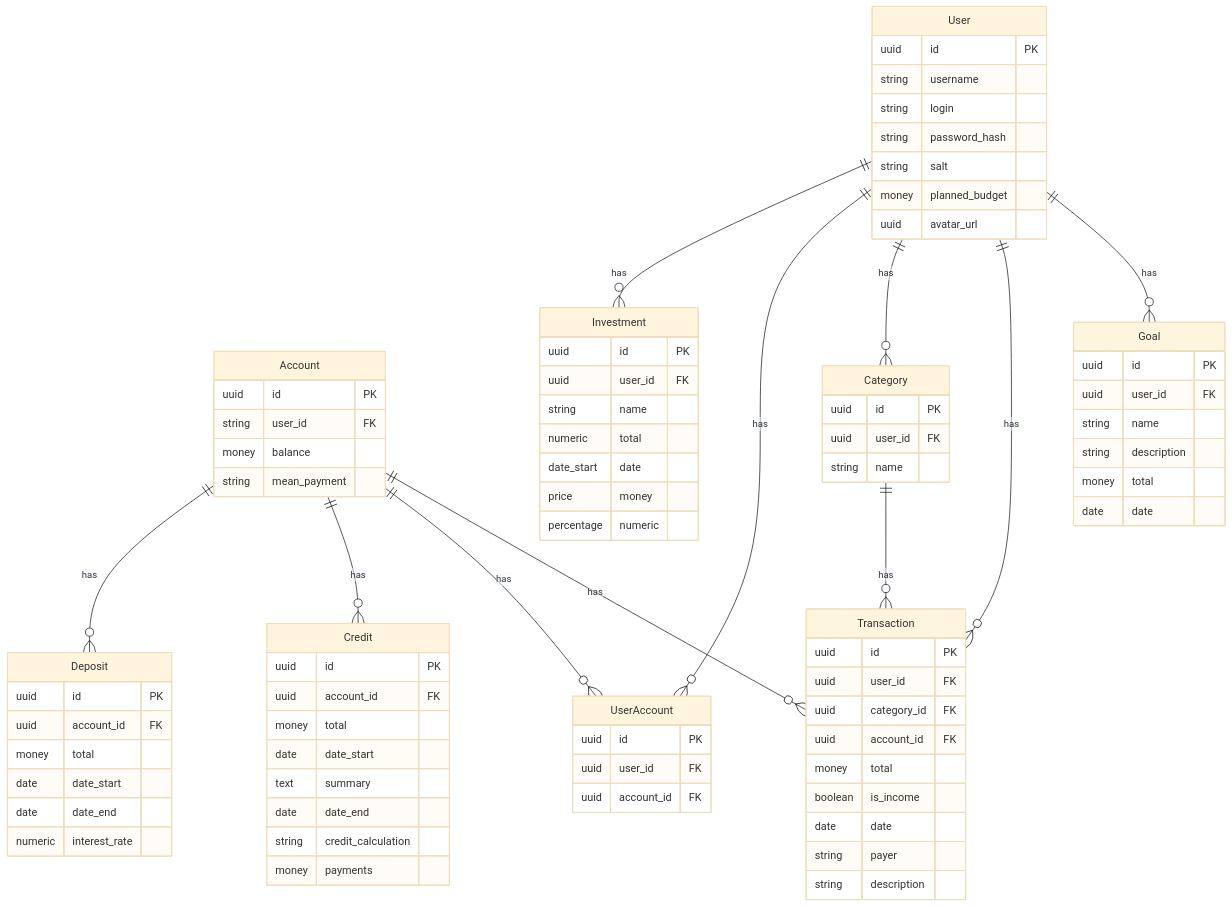
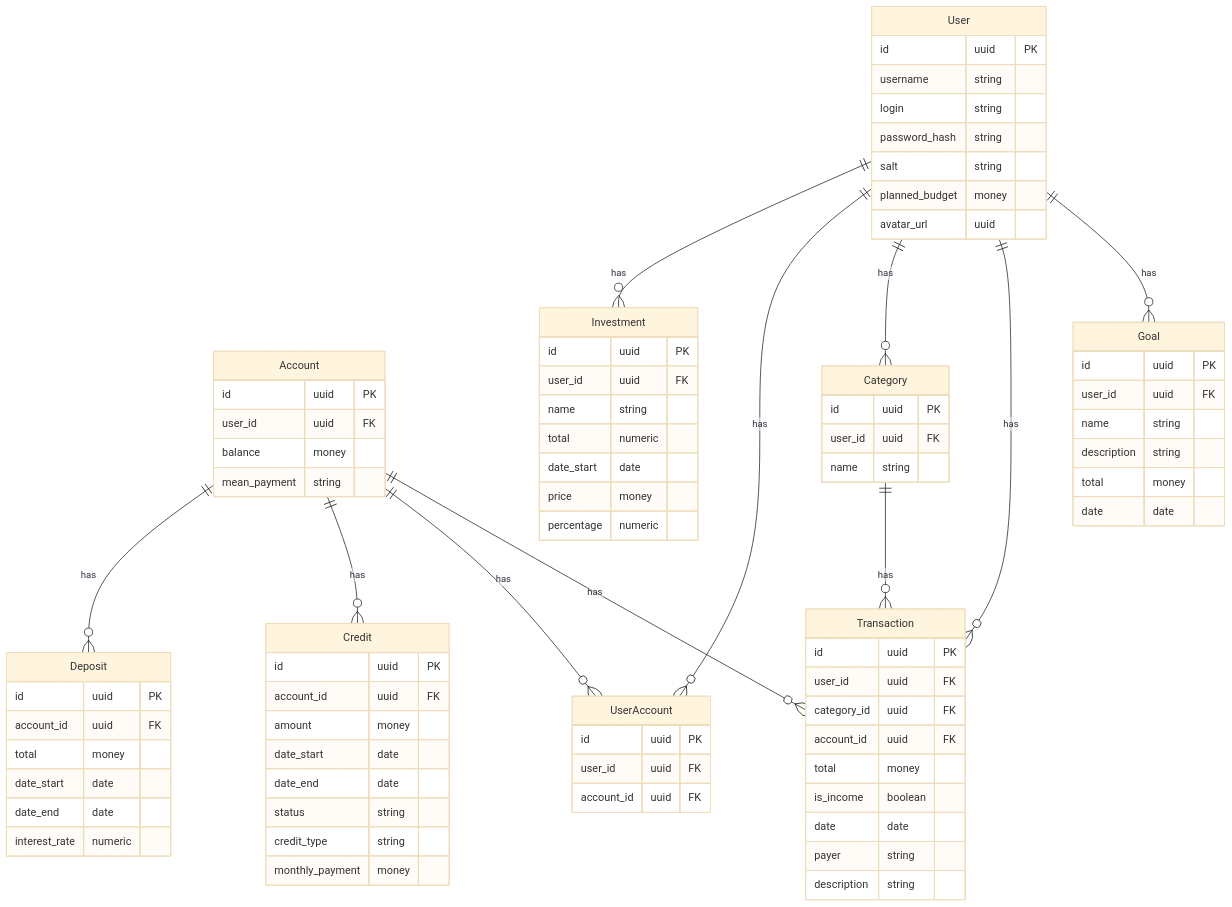
The diagram in db/normalized/relations.md (go-park-mail-ru/2023_2_Hamster), drawn with Mermaid (base theme) before and after one commit. The commit also changed other lines of this file and 1 other file, not shown here.

Commit message:
edit-migrate, relation.md

````diff
--- a/db/normalized/relations.md
+++ b/db/normalized/relations.md
@@ -35,75 +37,75 @@
 ```mermaid
 erDiagram
     User {
-        uuid id PK
-        string username
-        string login
-        string password_hash
-        string salt
-        money planned_budget
-        uuid avatar_url
+        id uuid PK
+        username string 
+        login string 
+        password_hash string 
+        salt string 
+        planned_budget money 
+        avatar_url uuid
     }
     Account {
-        uuid id PK
-        string user_id FK
-        money balance
-        string mean_payment
+        id uuid  PK
+        user_id uuid  FK
+        balance money 
+        mean_payment string
     }
     Category {
-        uuid id PK
-        uuid user_id FK
-        string name
+        id uuid  PK
+        user_id uuid  FK
+        name string 
     }
     Transaction {
-        uuid id PK
-        uuid user_id FK
-        uuid category_id FK
-        uuid account_id FK
-        money total
-        boolean is_income
+        id uuid  PK
+        user_id uuid  FK
+        category_id uuid  FK
+        account_id uuid  FK
+        total money 
+        is_income boolean 
         date date
-        string payer
-        string description
+        payer string 
+        description string 
     }
     UserAccount {
-        uuid id PK
-        uuid user_id FK
-        uuid account_id FK
+        id uuid  PK
+        user_id uuid  FK
+        account_id uuid  FK
     }
     Goal {
-        uuid id PK
-        uuid user_id FK
-        string name
-        string description
-        money total
+        id uuid  PK
+        user_id uuid  FK
+        name string 
+        description string 
+        total money 
         date date
     }
     Investment {
-        uuid id PK
-        uuid user_id FK
-        string name
-        numeric total
+        id uuid  PK
+        user_id uuid  FK
+        name string 
+        total numeric 
         date_start date
         price money
         percentage numeric
     }
     Credit {
-        uuid id PK
-        uuid account_id FK
-        money total
-        date date_start
-        text summary
-        date date_end
-        string credit_calculation
-        money payments 
+        id uuid  PK
+        account_id uuid  FK
+        amount money 
+        date_start date 
+        date_end date 
+        status string
+        credit_type string 
+        monthly_payment money
     }
     Deposit {
-        uuid id PK
-        uuid account_id FK
-        money total
-        date date_start
-        date date_end
-        numeric interest_rate
+        id uuid  PK
+        account_id uuid  FK
+        total money 
+        date_start date 
+        date_end date 
+        interest_rate numeric 
     }
     Account ||--o{ Deposit : has
     Account ||--o{ Credit : has
@@ -115,5 +117,5 @@
     Account ||--o{ Transaction : has
     Category ||--o{ Transaction : has
     User ||--o{ Goal : has
-
+    
 ```
````
